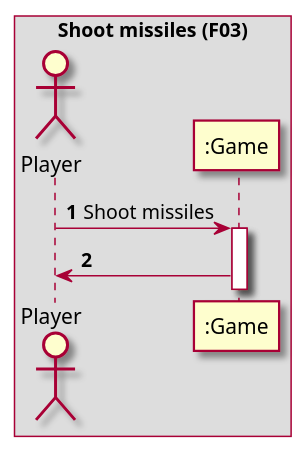
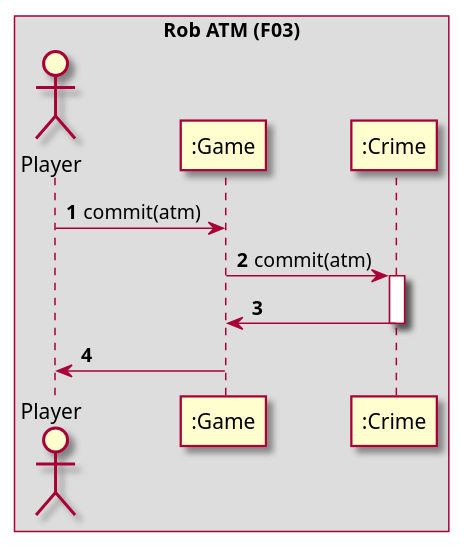
The diagram in uml/sequence_diagrams/system/F03_Shoot_missiles.puml (amatzen/SE04-SE-G09-SPRO), drawn with PlantUML before and after one commit.

```diff
--- a/uml/sequence_diagrams/system/F03_Shoot_missiles.puml
+++ b/uml/sequence_diagrams/system/F03_Shoot_missiles.puml
@@ -1,16 +1,22 @@
 @startuml
 'https://plantuml.com/sequence-diagram
 skin rose
 autonumber
 
-box Shoot missiles (F03)
+box Rob ATM (F03)
     actor "Player" as player
     participant ":Game" as game
+    participant ":Crime" as crime
 end box
 
-player -> game : Shoot missiles
-activate game
+player -> game : commit(atm)
+game -> crime : commit(atm)
+
+activate crime
+crime -> game
+deactivate crime
+
 game -> player
 
 
 @enduml
```
